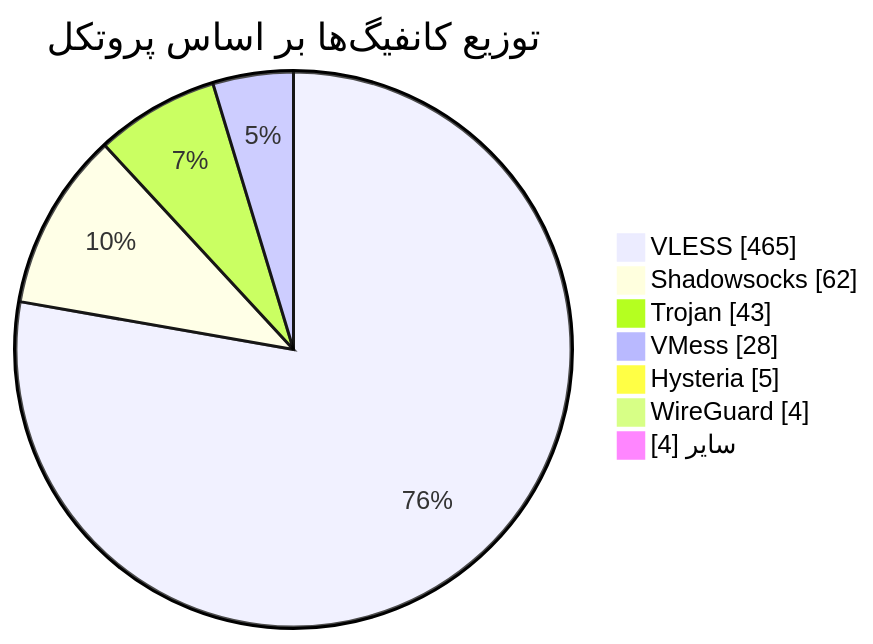
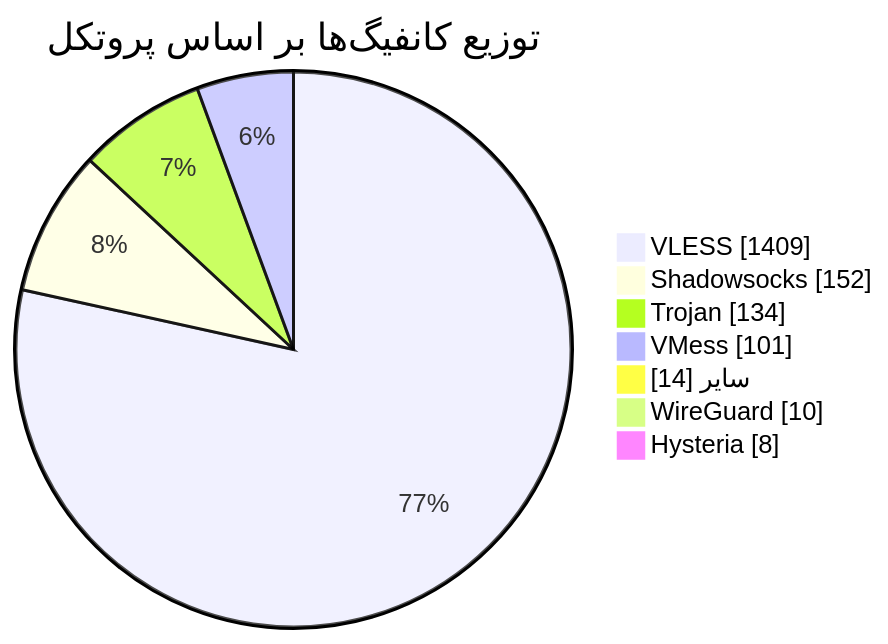
The diagram in README.md (Arian-Alijani/Somthing), drawn with Mermaid before and after one commit. The commit also changed other lines of this file and 21 other files, not shown here.

````diff
--- a/README.md
+++ b/README.md
@@ -49,11 +49,11 @@
 ```mermaid
 pie showData
     title توزیع کانفیگ‌ها بر اساس پروتکل
-    "VLESS" : 465
-    "Shadowsocks" : 62
-    "Trojan" : 43
-    "VMess" : 28
-    "Hysteria" : 5
-    "WireGuard" : 4
-    "سایر" : 4
+    "VLESS" : 1409
+    "Shadowsocks" : 152
+    "Trojan" : 134
+    "VMess" : 101
+    "سایر" : 14
+    "WireGuard" : 10
+    "Hysteria" : 8
 ```
````
